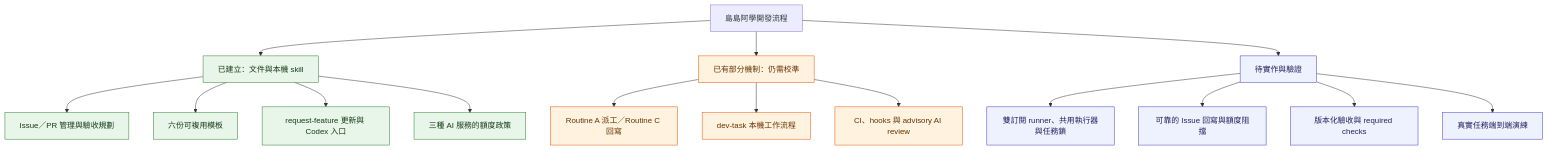
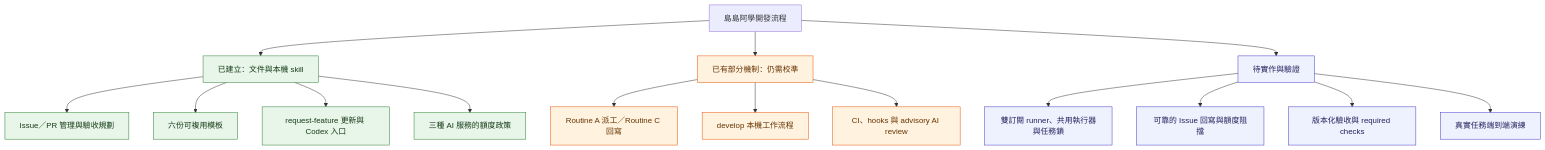
Before and after one commit to daodaoedu/daodao: the first of 7 diagrams in docs/automation/development-workflow-diagrams.md, drawn with Mermaid. The commit also changed other lines of this file and 182 other files, not shown here.

First line of the commit message:
refactor(skills): dev-task 改名為 develop，參考 pstack 補上依任務類型分流的開發步驟 (#411)

````diff
--- a/docs/automation/development-workflow-diagrams.md
+++ b/docs/automation/development-workflow-diagrams.md
@@ -16,28 +16,28 @@
 ```mermaid
 flowchart TB
     ROOT["島島阿學開發流程"]
     ROOT --> DOC["已建立：文件與本機 skill"]
     ROOT --> OLD["已有部分機制：仍需校準"]
     ROOT --> TODO["待實作與驗證"]
 
     DOC --> D1["Issue／PR 管理與驗收規劃"]
     DOC --> D2["六份可複用模板"]
     DOC --> D3["request-feature 更新與 Codex 入口"]
     DOC --> D4["三種 AI 服務的額度政策"]
 
     OLD --> O1["Routine A 派工／Routine C 回寫"]
-    OLD --> O2["dev-task 本機工作流程"]
+    OLD --> O2["develop 本機工作流程"]
     OLD --> O3["CI、hooks 與 advisory AI review"]
 
     TODO --> T1["雙訂閱 runner、共用執行器與任務鎖"]
     TODO --> T2["可靠的 Issue 回寫與額度阻擋"]
     TODO --> T3["版本化驗收與 required checks"]
     TODO --> T4["真實任務端到端演練"]
 
     classDef documented fill:#e8f5e9,stroke:#2e7d32,color:#163c19;
     classDef partial fill:#fff3e0,stroke:#e65100,color:#663300;
     classDef planned fill:#eef2ff,stroke:#4338ca,color:#24205b;
     class DOC,D1,D2,D3,D4 documented;
     class OLD,O1,O2,O3 partial;
     class TODO,T1,T2,T3,T4 planned;
 ```
````
